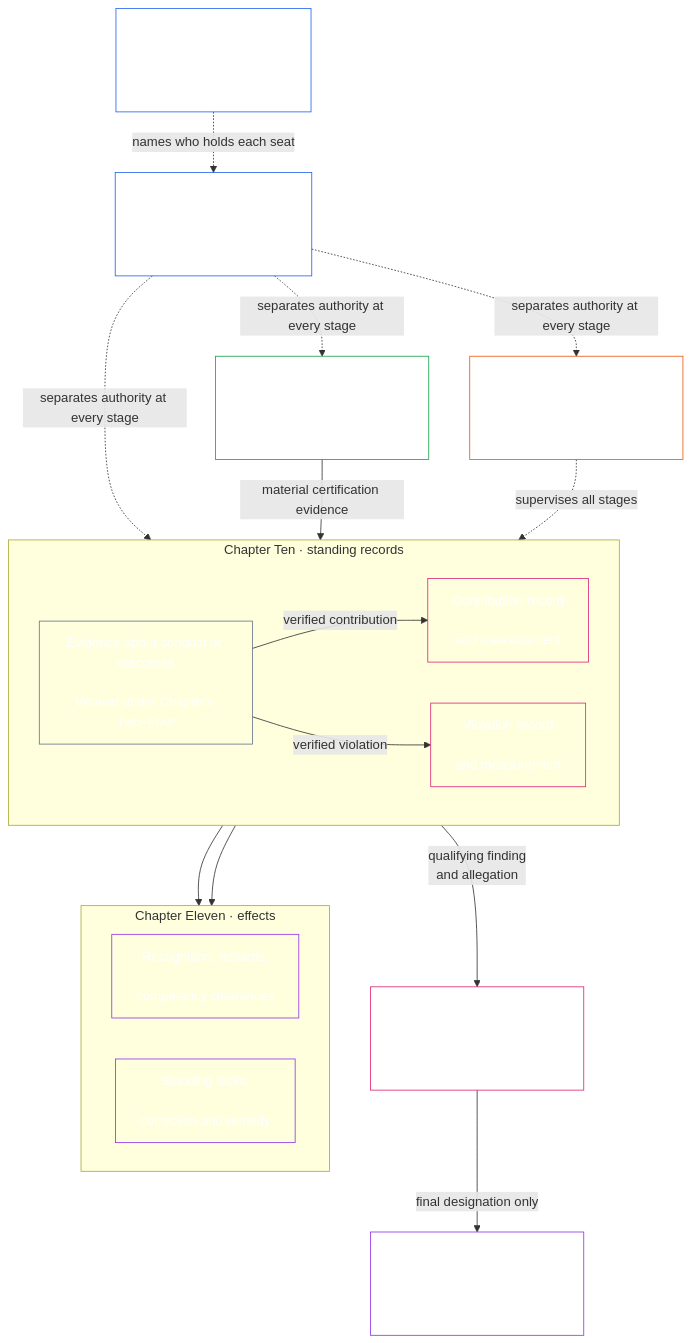
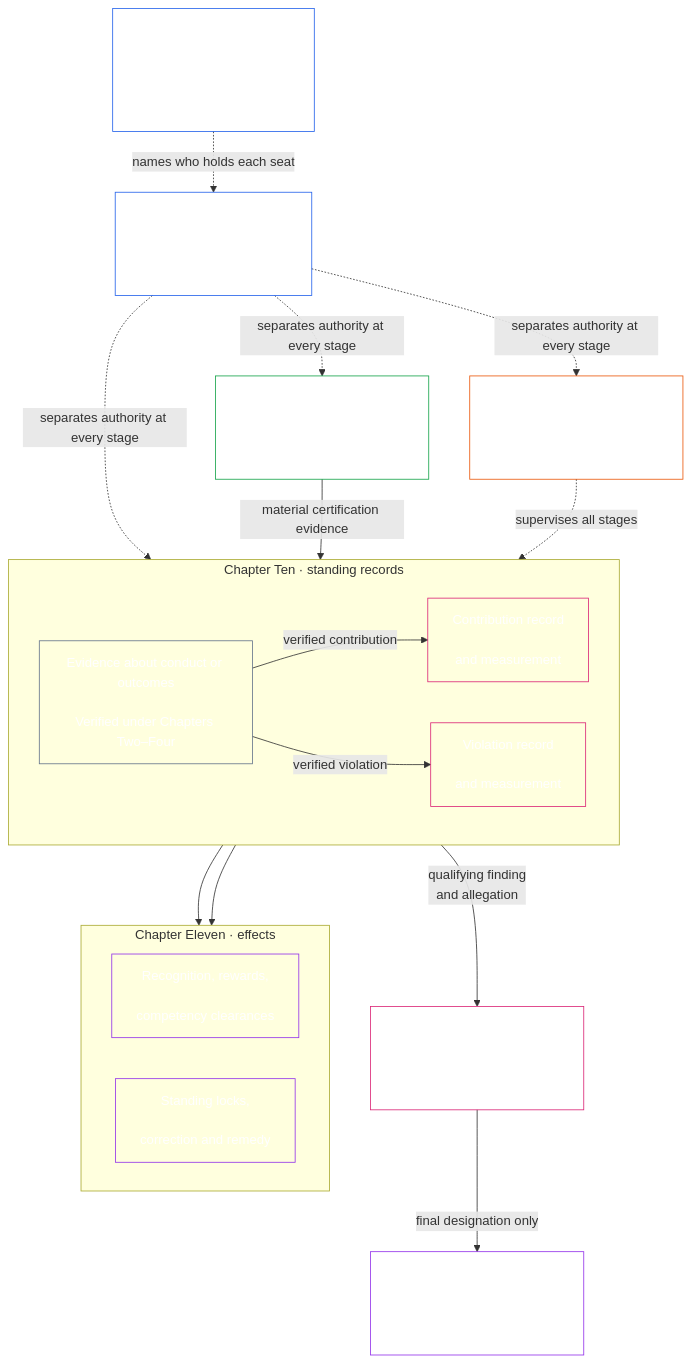
One commit to kfoelsch/Sentient_Constitution changed the third of 3 diagrams in core_00_preamble.md. Above: the diagram before and after it, drawn with Mermaid. The commit also changed other lines of this file and 86 other files, not shown here.

````diff
--- a/core_00_preamble.md
+++ b/core_00_preamble.md
@@ -344,43 +344,43 @@
 ```mermaid
 flowchart TB
-    H["Chapter Seven<br/><br/>Charter: published scope<br/>and seat map"]
+    H["Chapter Seven<br/><br/>System and Institutional<br/>Charters: published scope<br/>and seat map"]
     D["Chapter Eight<br/><br/>Functional independence<br/>and segregation of duties"]
     S["Chapter Nine<br/><br/>System alignment certification"]
     subgraph Q["Chapter Ten · standing records"]
         direction LR
         E["Evidence about conduct or outcomes<br/><br/>Verified under Chapters Two–Four"]
         C["Contribution record<br/><br/>and measurement"]
         V["Violation record<br/><br/>and measurement"]
     end
     subgraph N["Chapter Eleven · effects"]
         direction LR
         U["Recognition, rewards,<br/><br/>competency clearances"]
         R["Standing locks,<br/><br/>correction and remedy"]
     end
     M["Chapter Twelve<br/><br/>Anti-constitutional misconduct review"]
     L["Chapter Eleven<br/><br/>Anti-Constitutional Trust Lock"]
     F["Chapter Thirteen forums<br/><br/>Supervision, challenge and timely review"]
     H -.->|names who holds each seat| D
     D -.->|separates authority at every stage| S
     D -.->|separates authority at every stage| E
     D -.->|separates authority at every stage| F
     C --> U
     V --> R
     M -->|final designation only| L
     V -->|qualifying finding<br/>and allegation| M
     S -->|material certification evidence| E
     E -->|verified contribution| C
     E -->|verified violation| V
     F -.->|supervises all stages| E
     style H fill:none,stroke:#2563eb,color:#ffffff
     style D fill:none,stroke:#2563eb,color:#ffffff
     style S fill:none,stroke:#16a34a,color:#ffffff
     style E fill:none,stroke:#64748b,color:#ffffff
     style C fill:none,stroke:#db2777,color:#ffffff
     style V fill:none,stroke:#db2777,color:#ffffff
     style U fill:none,stroke:#9333ea,color:#ffffff
     style R fill:none,stroke:#9333ea,color:#ffffff
     style M fill:none,stroke:#db2777,color:#ffffff
     style L fill:none,stroke:#9333ea,color:#ffffff
     style F fill:none,stroke:#ea580c,color:#ffffff
 ```
````
